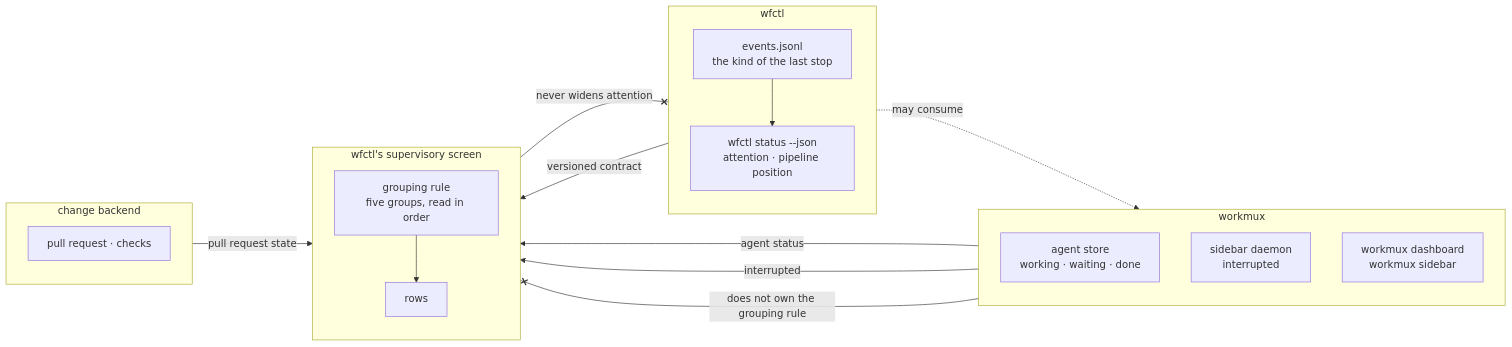
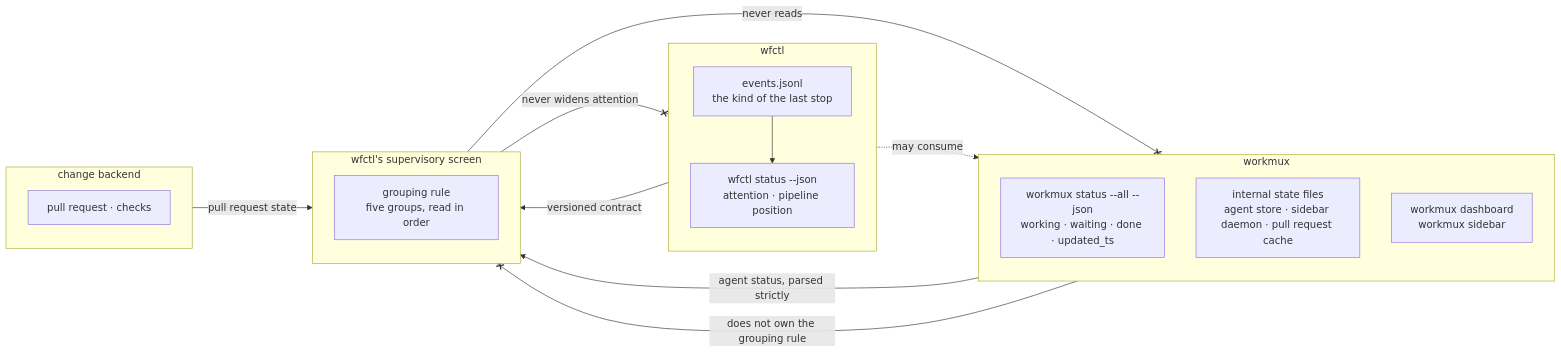
The diagram in docs/architecture/wfctl-owns-the-supervisory-presentation.md (aamarin/wfctl), drawn with Mermaid before and after one commit. The commit also changed other lines of this file, not shown here.

First line of the commit message:
docs(architecture): scope the supervisory record to grouping, and read workmux only where it documents (#488)

````diff
--- a/docs/architecture/wfctl-owns-the-supervisory-presentation.md
+++ b/docs/architecture/wfctl-owns-the-supervisory-presentation.md
@@ -114,32 +125,30 @@
 ```mermaid
 flowchart LR
     subgraph wfctlside["wfctl"]
         direction TB
         E["events.jsonl<br>the kind of the last stop"]
         P["wfctl status --json<br>attention · pipeline position"]
         E --> P
     end
     subgraph workmuxside["workmux"]
         direction TB
-        A["agent store<br>working · waiting · done"]
-        R["sidebar daemon<br>interrupted"]
+        S["workmux status --all --json<br>working · waiting · done · updated_ts"]
+        I["internal state files<br>agent store · sidebar daemon · pull request cache"]
         W["workmux dashboard<br>workmux sidebar"]
     end
     subgraph backend["change backend"]
         direction TB
         C["pull request · checks"]
     end
     subgraph screen["wfctl's supervisory screen"]
         direction TB
         G["grouping rule<br>five groups, read in order"]
-        V["rows"]
-        G --> V
     end
     P -->|"versioned contract"| G
-    A -->|"agent status"| G
-    R -->|"interrupted"| G
+    S -->|"agent status, parsed strictly"| G
     C -->|"pull request state"| G
     P -.->|"may consume"| W
     G --x|"never widens attention"| P
+    G --x|"never reads"| I
     W --x|"does not own the grouping rule"| G
 ```
````
